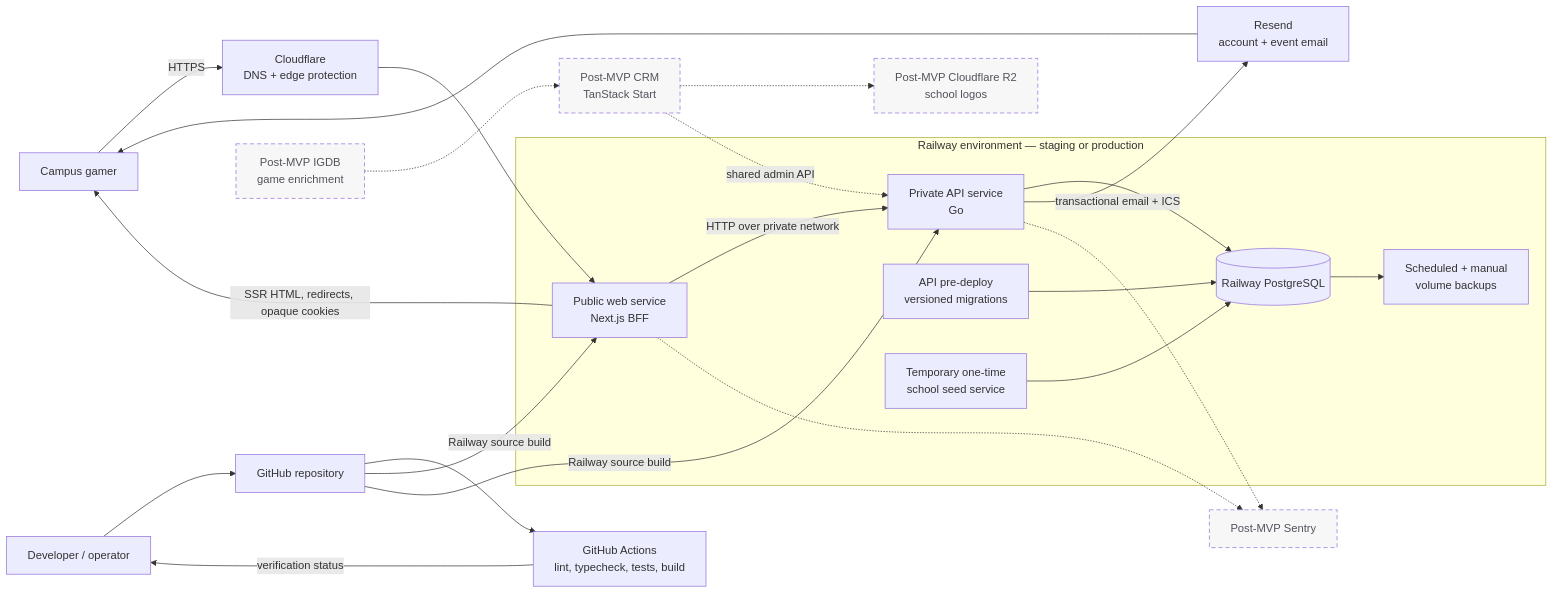
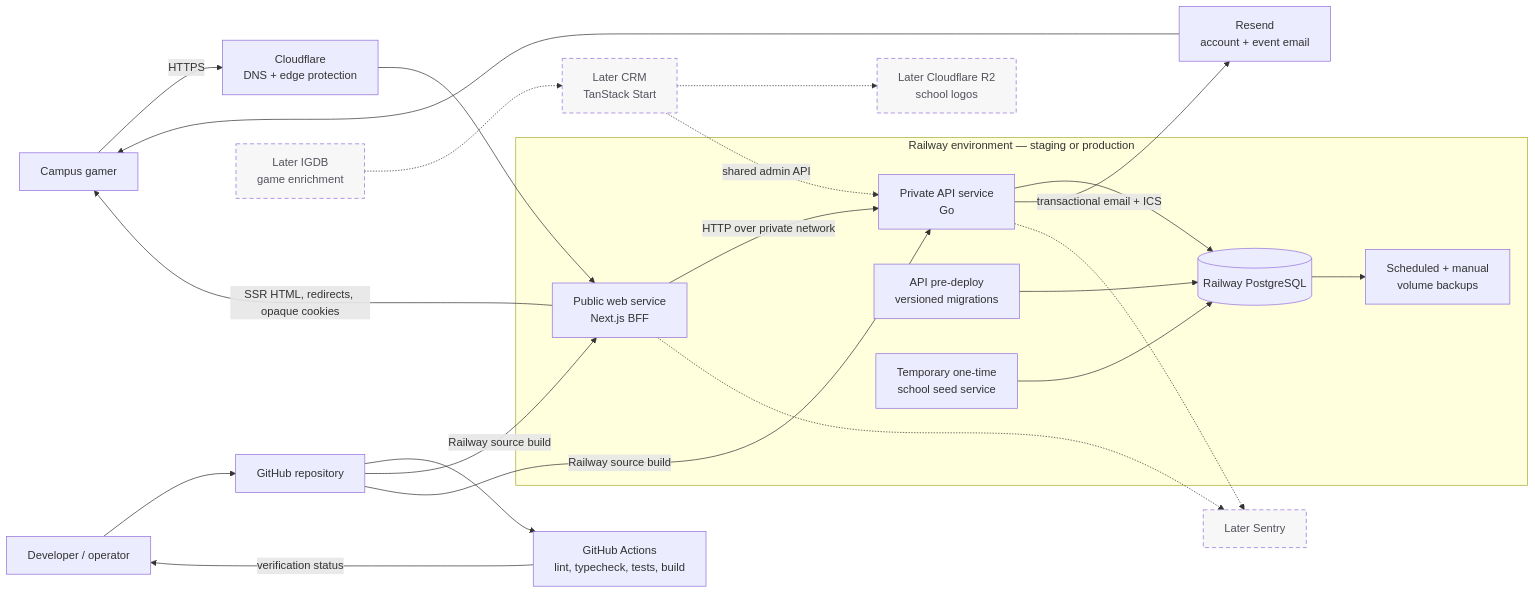
Before and after one commit to Campus-Gaming-Network/core: the third of 3 diagrams in docs/14-architecture-diagrams.md, drawn with Mermaid. The commit also changed other lines of this file and 23 other files, not shown here.

````diff
--- a/docs/14-architecture-diagrams.md
+++ b/docs/14-architecture-diagrams.md
@@ -140,48 +140,48 @@
 ```mermaid
 flowchart LR
     User["Campus gamer"]
     Operator["Developer / operator"]
     GitHub["GitHub repository"]
     CI["GitHub Actions<br/>lint, typecheck, tests, build"]
     Cloudflare["Cloudflare<br/>DNS + edge protection"]
     Resend["Resend<br/>account + event email"]
 
     subgraph Railway["Railway environment — staging or production"]
         Web["Public web service<br/>Next.js BFF"]
         API["Private API service<br/>Go"]
         Migrations["API pre-deploy<br/>versioned migrations"]
         Seed["Temporary one-time<br/>school seed service"]
         Database[("Railway PostgreSQL")]
         Backups["Scheduled + manual<br/>volume backups"]
 
         Web -->|"HTTP over private network"| API
         API --> Database
         Migrations --> Database
         Seed --> Database
         Database --> Backups
     end
 
-    CRM["Post-MVP CRM<br/>TanStack Start"]
-    R2["Post-MVP Cloudflare R2<br/>school logos"]
-    IGDB["Post-MVP IGDB<br/>game enrichment"]
-    Sentry["Post-MVP Sentry"]
+    CRM["Later CRM<br/>TanStack Start"]
+    R2["Later Cloudflare R2<br/>school logos"]
+    IGDB["Later IGDB<br/>game enrichment"]
+    Sentry["Later Sentry"]
 
     User -->|"HTTPS"| Cloudflare --> Web
     Web -->|"SSR HTML, redirects, opaque cookies"| User
     API -->|"transactional email + ICS"| Resend --> User
 
     Operator --> GitHub
     GitHub --> CI
     CI -->|"verification status"| Operator
     GitHub -->|"Railway source build"| Web
     GitHub -->|"Railway source build"| API
 
     CRM -.->|"shared admin API"| API
     CRM -.-> R2
     IGDB -.-> CRM
     Web -.-> Sentry
     API -.-> Sentry
 
     classDef deferred stroke-dasharray: 6 4,fill:#f7f7f8,color:#52525b;
     class CRM,R2,IGDB,Sentry deferred;
 ```
````
